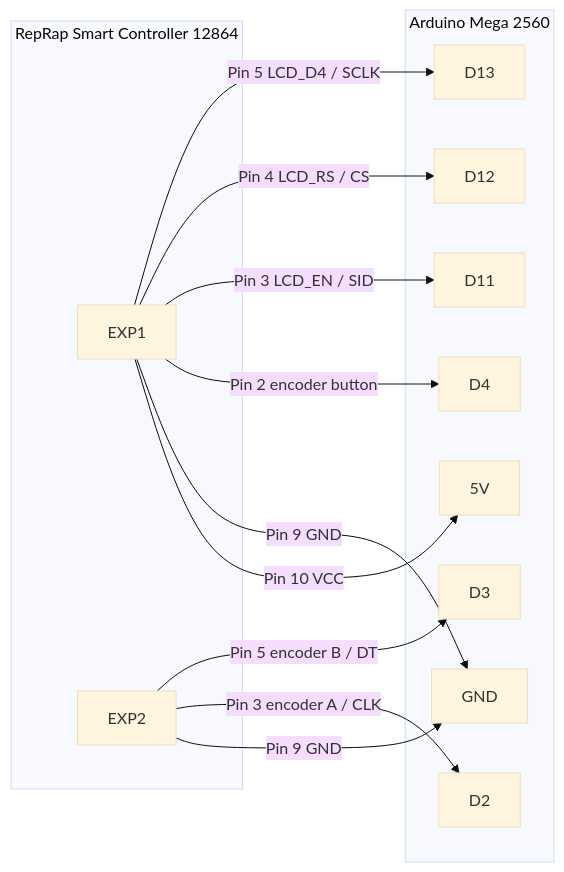
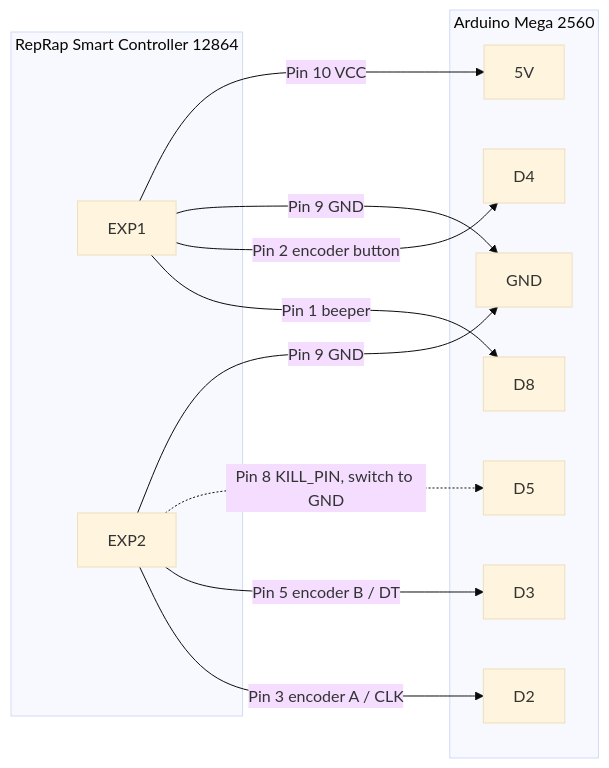
The second of 2 diagrams in README.md (Evohl/arduino_relais_lcd), drawn with Mermaid (base theme) before and after one commit. The commit also changed other lines of this file and 2 other files, not shown here.

Commit message:
Support display beeper and kill toggle

````diff
--- a/README.md
+++ b/README.md
@@ -59,26 +61,24 @@
 ```mermaid
 flowchart LR
 	subgraph smart[RepRap Smart Controller 12864]
 		exp1[EXP1]
 		exp2[EXP2]
 	end
 	subgraph mega[Arduino Mega 2560]
 		v5[5V]
 		gnd[GND]
 		d2[D2]
 		d3[D3]
 		d4[D4]
-		d11[D11]
-		d12[D12]
-		d13[D13]
+		d5[D5]
+		d8[D8]
 	end
+	exp1 -->|Pin 1 beeper| d8
+	exp1 -->|Pin 2 encoder button| d4
+	exp1 -->|Pin 9 GND| gnd
 	exp1 -->|Pin 10 VCC| v5
-	exp1 -->|Pin 9 GND| gnd
-	exp1 -->|Pin 2 encoder button| d4
-	exp1 -->|Pin 3 LCD_EN / SID| d11
-	exp1 -->|Pin 4 LCD_RS / CS| d12
-	exp1 -->|Pin 5 LCD_D4 / SCLK| d13
-	exp2 -->|Pin 9 GND| gnd
 	exp2 -->|Pin 3 encoder A / CLK| d2
 	exp2 -->|Pin 5 encoder B / DT| d3
+	exp2 -.->|Pin 8 KILL_PIN, switch to GND| d5
+	exp2 -->|Pin 9 GND| gnd
 ```
````
